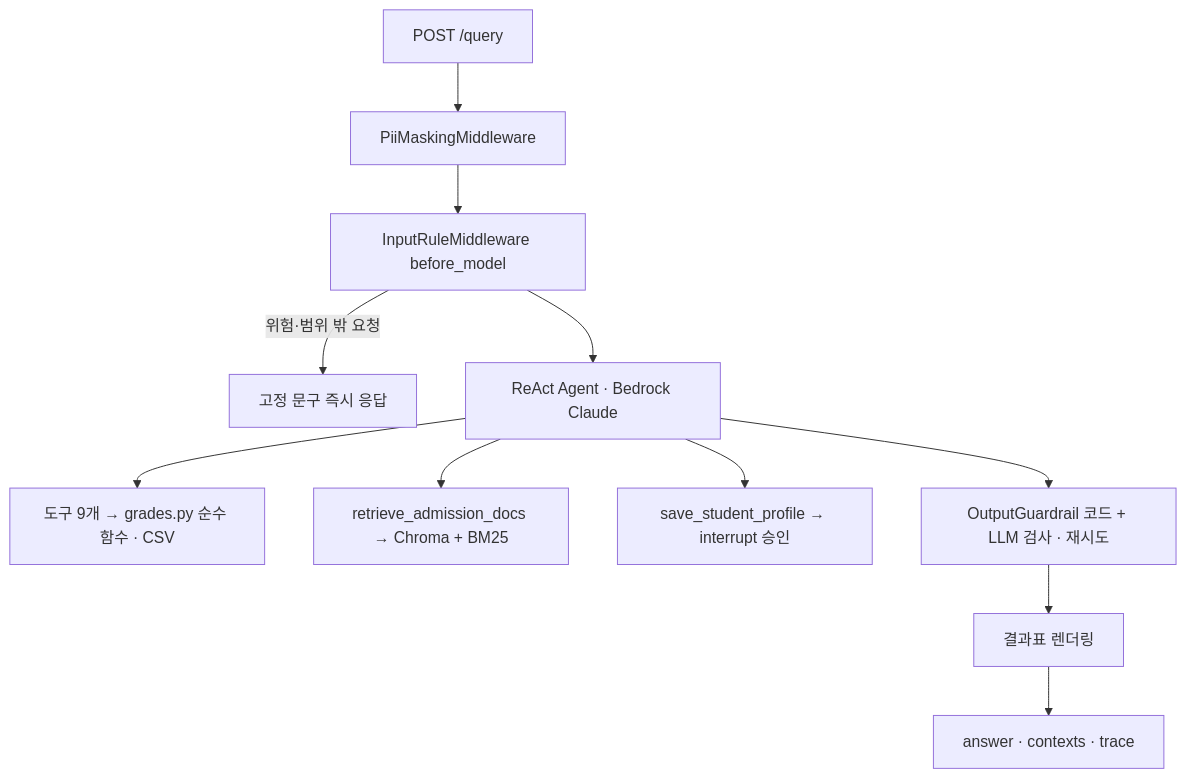
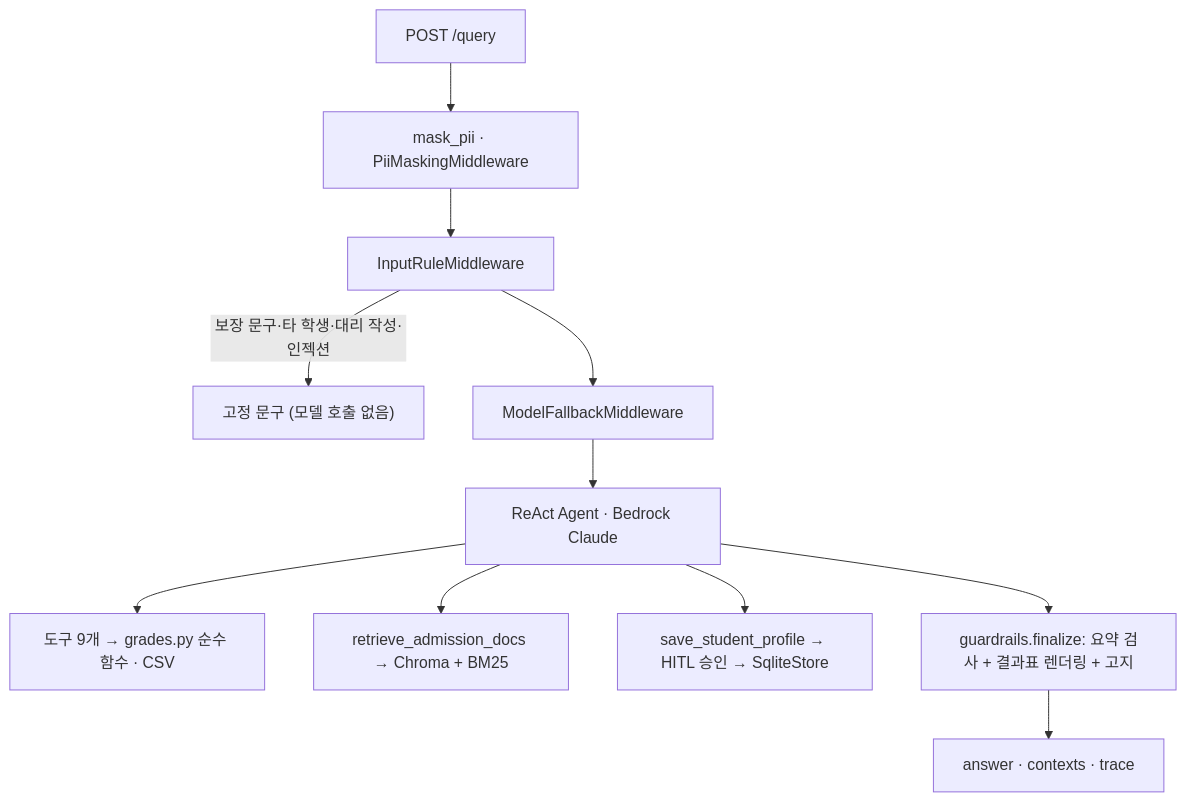
Before and after one commit to actdan2016-cmd/miniPJT: the diagram in README.md, drawn with Mermaid. The commit also changed other lines of this file and 8 other files, not shown here.

````diff
--- a/README.md
+++ b/README.md
@@ -31,12 +33,12 @@
 ```mermaid
 flowchart TD
-    Q["POST /query"] --> PII["PiiMaskingMiddleware"]
-    PII --> R["InputRuleMiddleware before_model"]
-    R -- "위험·범위 밖 요청" --> F["고정 문구 즉시 응답"]
-    R --> A["ReAct Agent · Bedrock Claude"]
+    Q["POST /query"] --> M["mask_pii · PiiMaskingMiddleware"]
+    M --> R["InputRuleMiddleware"]
+    R -- "보장 문구·타 학생·대리 작성·인젝션" --> F["고정 문구 (모델 호출 없음)"]
+    R --> FB["ModelFallbackMiddleware"] --> A["ReAct Agent · Bedrock Claude"]
     A --> T["도구 9개 → grades.py 순수 함수 · CSV"]
     A --> RAG["retrieve_admission_docs → Chroma + BM25"]
-    A --> H["save_student_profile → interrupt 승인"]
-    A --> O["OutputGuardrail 코드 + LLM 검사 · 재시도"]
-    O --> RN["결과표 렌더링"] --> RES["answer · contexts · trace"]
+    A --> H["save_student_profile → HITL 승인 → SqliteStore"]
+    A --> O["guardrails.finalize: 요약 검사 + 결과표 렌더링 + 고지"]
+    O --> RES["answer · contexts · trace"]
 ```
````
